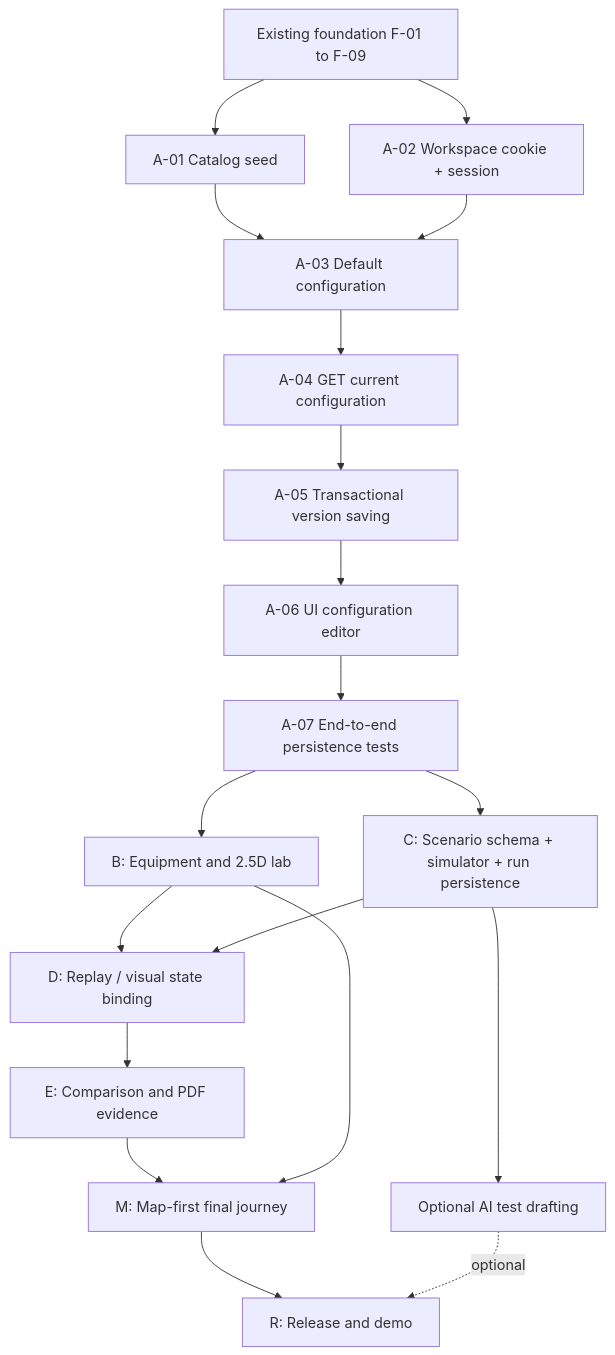
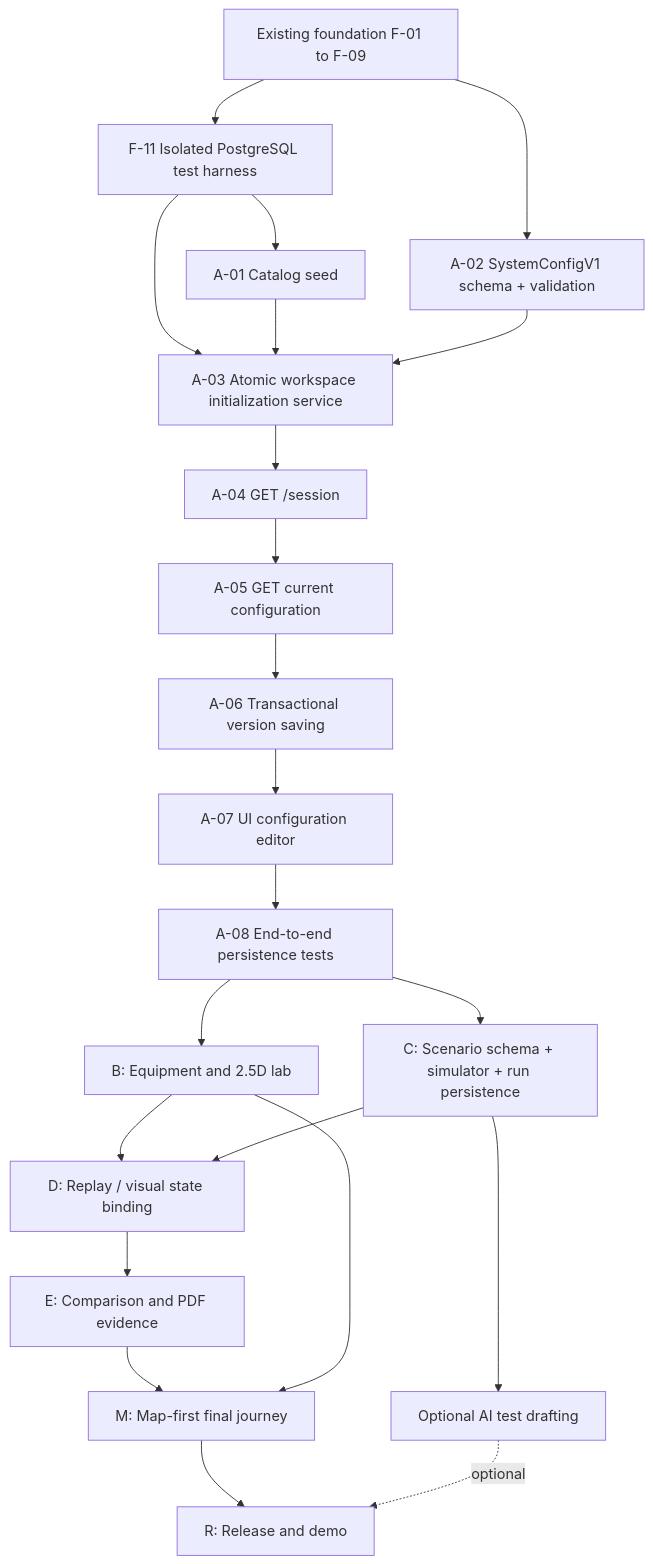
One commit to vhugo23/gridproof changed the diagram in docs/10-implementation-roadmap.md. Above: the diagram before and after it, drawn with Mermaid. The commit also changed other lines of this file and 9 other files, not shown here.

Commit message:
docs: establish living documentation and reconcile implementation roadmap

````diff
--- a/docs/10-implementation-roadmap.md
+++ b/docs/10-implementation-roadmap.md
@@ -68,21 +70,24 @@
 ```mermaid
 flowchart TD
-    F[Existing foundation F-01 to F-09] --> A1[A-01 Catalog seed]
-    F --> A2[A-02 Workspace cookie + session]
-    A1 --> A3[A-03 Default configuration]
+    F[Existing foundation F-01 to F-09] --> F11[F-11 Isolated PostgreSQL test harness]
+    F --> A2[A-02 SystemConfigV1 schema + validation]
+    F11 --> A1[A-01 Catalog seed]
+    F11 --> A3
+    A1 --> A3[A-03 Atomic workspace initialization service]
     A2 --> A3
-    A3 --> A4[A-04 GET current configuration]
-    A4 --> A5[A-05 Transactional version saving]
-    A5 --> A6[A-06 UI configuration editor]
-    A6 --> A7[A-07 End-to-end persistence tests]
-    A7 --> B[B: Equipment and 2.5D lab]
-    A7 --> C[C: Scenario schema + simulator + run persistence]
+    A3 --> A4[A-04 GET /session]
+    A4 --> A5[A-05 GET current configuration]
+    A5 --> A6[A-06 Transactional version saving]
+    A6 --> A7[A-07 UI configuration editor]
+    A7 --> A8[A-08 End-to-end persistence tests]
+    A8 --> B[B: Equipment and 2.5D lab]
+    A8 --> C[C: Scenario schema + simulator + run persistence]
     B --> D[D: Replay / visual state binding]
     C --> D
     D --> E[E: Comparison and PDF evidence]
     E --> M[M: Map-first final journey]
     B --> M
     M --> R[R: Release and demo]
     C --> AI[Optional AI test drafting]
     AI -. optional .-> R
 ```
````
